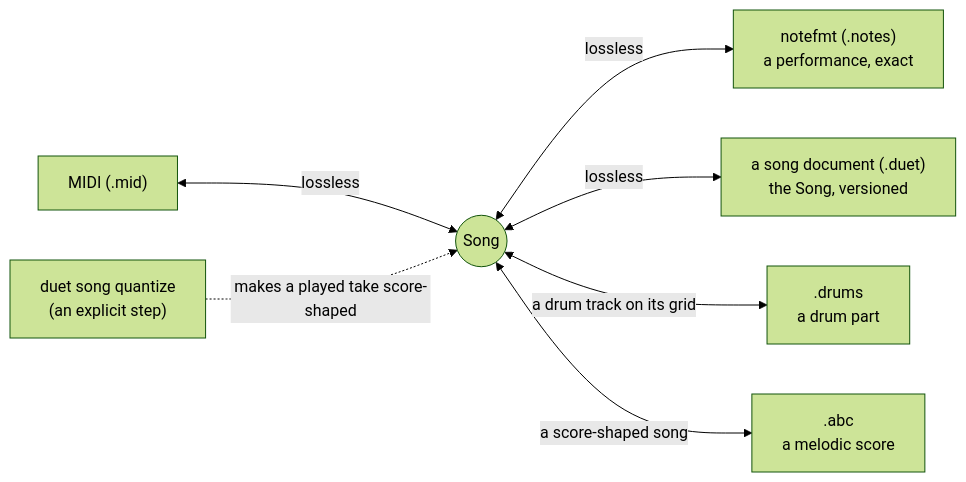
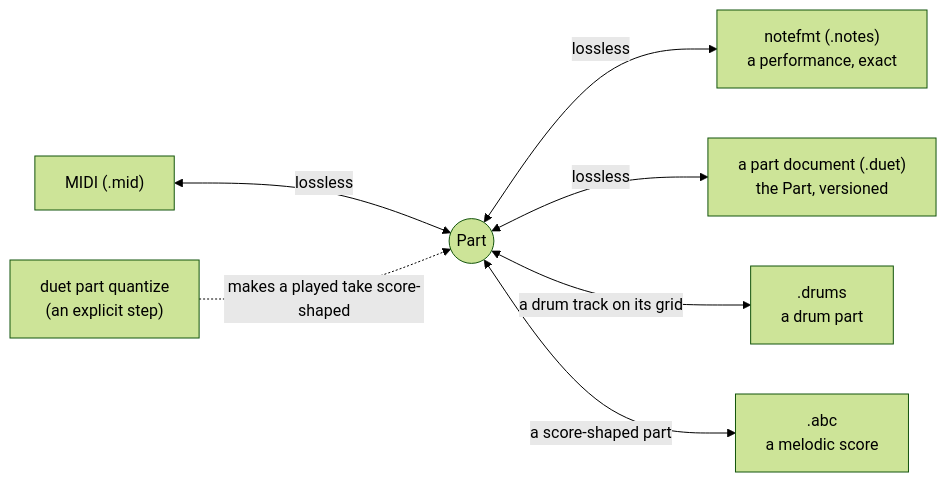
Before and after one commit to tasker-systems/duet: the diagram in README.md, drawn with Mermaid (forest theme). The commit also changed other lines of this file and 5 other files, not shown here.

````diff
--- a/README.md
+++ b/README.md
@@ -35,9 +35,9 @@
 ```mermaid
 flowchart LR
-    MIDI["MIDI (.mid)"] <-->|lossless| Song(("Song"))
-    Song <-->|lossless| TXT["notefmt (.notes)<br/>a performance, exact"]
-    Song <-->|lossless| DOC["a song document (.duet)<br/>the Song, versioned"]
-    Song <-->|"a drum track on its grid"| DRUMS[".drums<br/>a drum part"]
-    Song <-->|"a score-shaped song"| ABC[".abc<br/>a melodic score"]
-    Q["duet song quantize<br/>(an explicit step)"] -.->|"makes a played take score-shaped"| Song
+    MIDI["MIDI (.mid)"] <-->|lossless| Part(("Part"))
+    Part <-->|lossless| TXT["notefmt (.notes)<br/>a performance, exact"]
+    Part <-->|lossless| DOC["a part document (.duet)<br/>the Part, versioned"]
+    Part <-->|"a drum track on its grid"| DRUMS[".drums<br/>a drum part"]
+    Part <-->|"a score-shaped part"| ABC[".abc<br/>a melodic score"]
+    Q["duet part quantize<br/>(an explicit step)"] -.->|"makes a played take score-shaped"| Part
 ```
````
